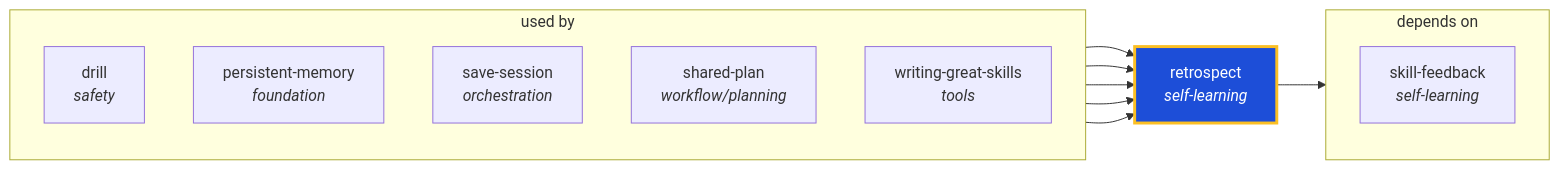
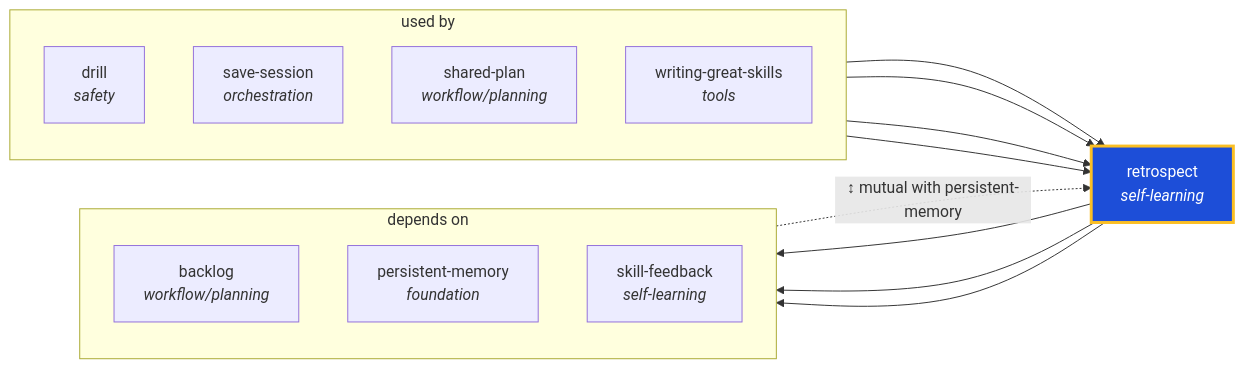
Before and after one commit to ThePlenkov/skills: the diagram in docs/graphs/generated/retrospect.md, drawn with Mermaid. The commit also changed other lines of this file and 22 other files, not shown here.

````diff
--- a/docs/graphs/generated/retrospect.md
+++ b/docs/graphs/generated/retrospect.md
@@ -22,26 +22,29 @@
 ```mermaid
 graph LR
   retrospect["retrospect<br/><i>self-learning</i>"]
   classDef center fill:#1d4ed8,stroke:#fbbf24,stroke-width:3px,color:#fff
   class retrospect center
 
   subgraph sg_used_by["used by"]
     direction TB
     drill["drill<br/><i>safety</i>"]
-    persistent_memory["persistent-memory<br/><i>foundation</i>"]
     save_session["save-session<br/><i>orchestration</i>"]
     shared_plan["shared-plan<br/><i>workflow/planning</i>"]
     writing_great_skills["writing-great-skills<br/><i>tools</i>"]
   end
   drill --> retrospect
-  persistent_memory --> retrospect
   save_session --> retrospect
   shared_plan --> retrospect
   writing_great_skills --> retrospect
 
   subgraph sg_depends_on["depends on"]
     direction TB
+    backlog["backlog<br/><i>workflow/planning</i>"]
+    persistent_memory["persistent-memory<br/><i>foundation</i>"]
     skill_feedback["skill-feedback<br/><i>self-learning</i>"]
   end
+  retrospect --> backlog
+  retrospect --> persistent_memory
   retrospect --> skill_feedback
+  persistent_memory -. "↕ mutual with persistent-memory" .-> retrospect
 ```
````
